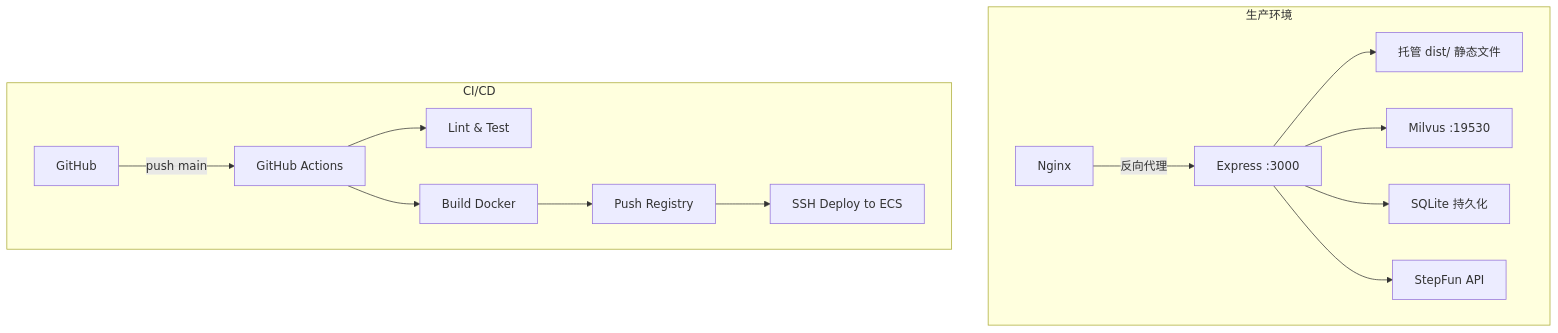
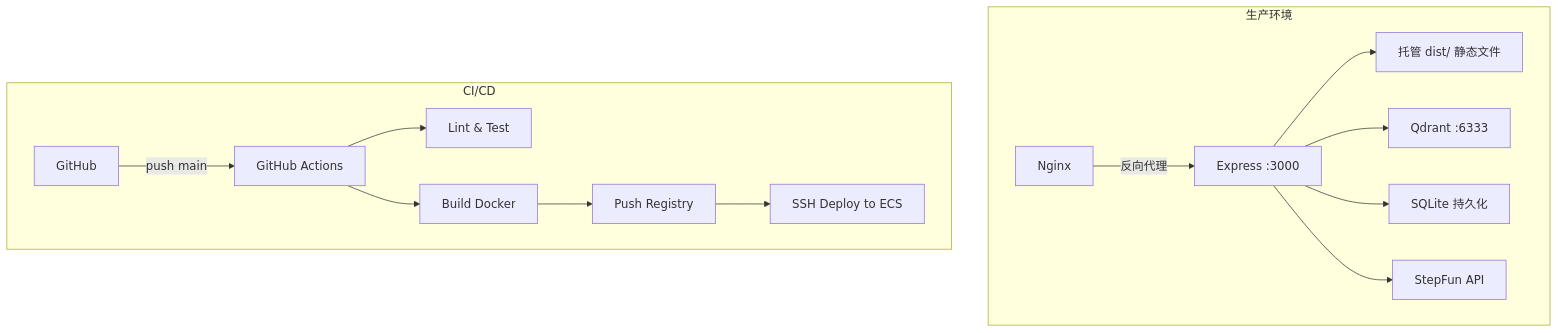
Before and after one commit to L123121/Vue3_WUT_LLM: the sixth of 6 diagrams in architecture.md, drawn with Mermaid. The commit also changed other lines of this file and 89 other files, not shown here.

````diff
--- a/architecture.md
+++ b/architecture.md
@@ -394,18 +396,18 @@
 ```mermaid
 graph TB
     subgraph 生产环境
         Nginx -->|反向代理| Backend[Express :3000]
         Backend --> Static[托管 dist/ 静态文件]
-        Backend --> Milvus[Milvus :19530]
+        Backend --> Qdrant[Qdrant :6333]
         Backend --> SQLite[SQLite 持久化]
         Backend --> StepFun[StepFun API]
     end
 
     subgraph CI/CD
         GitHub -->|push main| Actions[GitHub Actions]
         Actions --> Lint[Lint & Test]
         Actions --> Build[Build Docker]
         Build --> Push[Push Registry]
         Push --> Deploy[SSH Deploy to ECS]
     end
 ```
````
